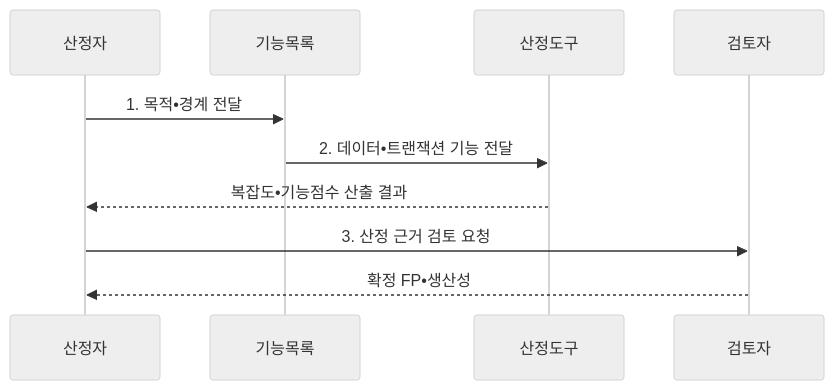
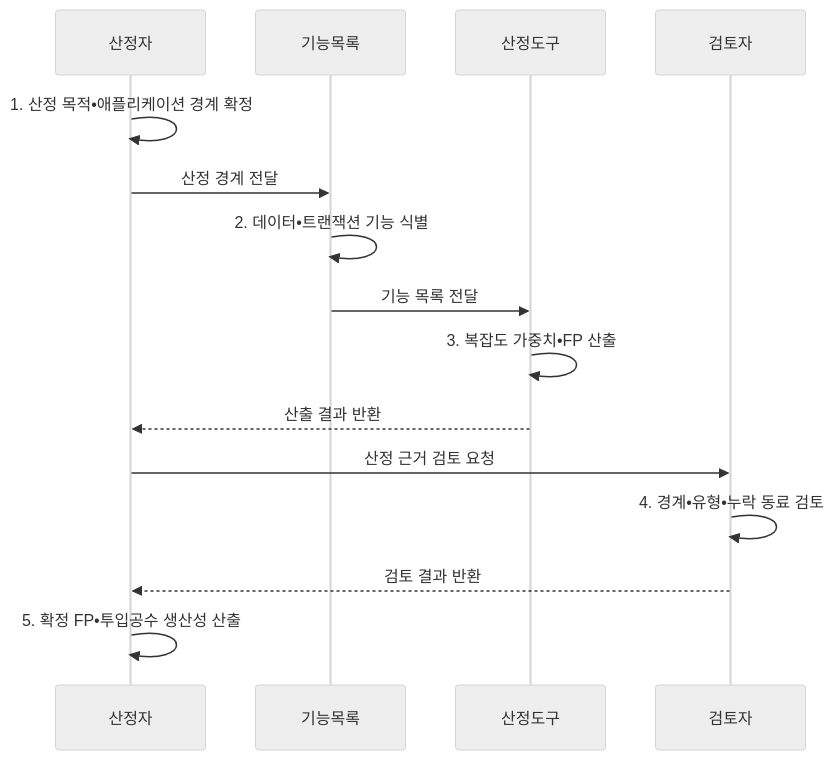
The second of 2 diagrams in src/content/docs/notes/06-evaluation/034_fp_productivity.md (agnusdei1207/knowledge-base), drawn with Mermaid (neutral theme) before and after one commit. The commit also changed other lines of this file and 20 other files, not shown here.

````diff
--- a/src/content/docs/notes/06-evaluation/034_fp_productivity.md
+++ b/src/content/docs/notes/06-evaluation/034_fp_productivity.md
@@ -105,12 +105,17 @@
 ```mermaid
 sequenceDiagram
-    participant E as 산정자
-    participant S as 기능목록
-    participant C as 산정도구
-    participant R as 검토자
-    E->>S: 1. 목적•경계 전달
-    S->>C: 2. 데이터•트랜잭션 기능 전달
-    C-->>E: 복잡도•기능점수 산출 결과
-    E->>R: 3. 산정 근거 검토 요청
-    R-->>E: 확정 FP•생산성
+  participant E as 산정자
+  participant S as 기능목록
+  participant C as 산정도구
+  participant R as 검토자
+  E->>E: 1. 산정 목적•애플리케이션 경계 확정
+  E->>S: 산정 경계 전달
+  S->>S: 2. 데이터•트랜잭션 기능 식별
+  S->>C: 기능 목록 전달
+  C->>C: 3. 복잡도 가중치•FP 산출
+  C-->>E: 산출 결과 반환
+  E->>R: 산정 근거 검토 요청
+  R->>R: 4. 경계•유형•누락 동료 검토
+  R-->>E: 검토 결과 반환
+  E->>E: 5. 확정 FP•투입공수 생산성 산출
 ```
````
